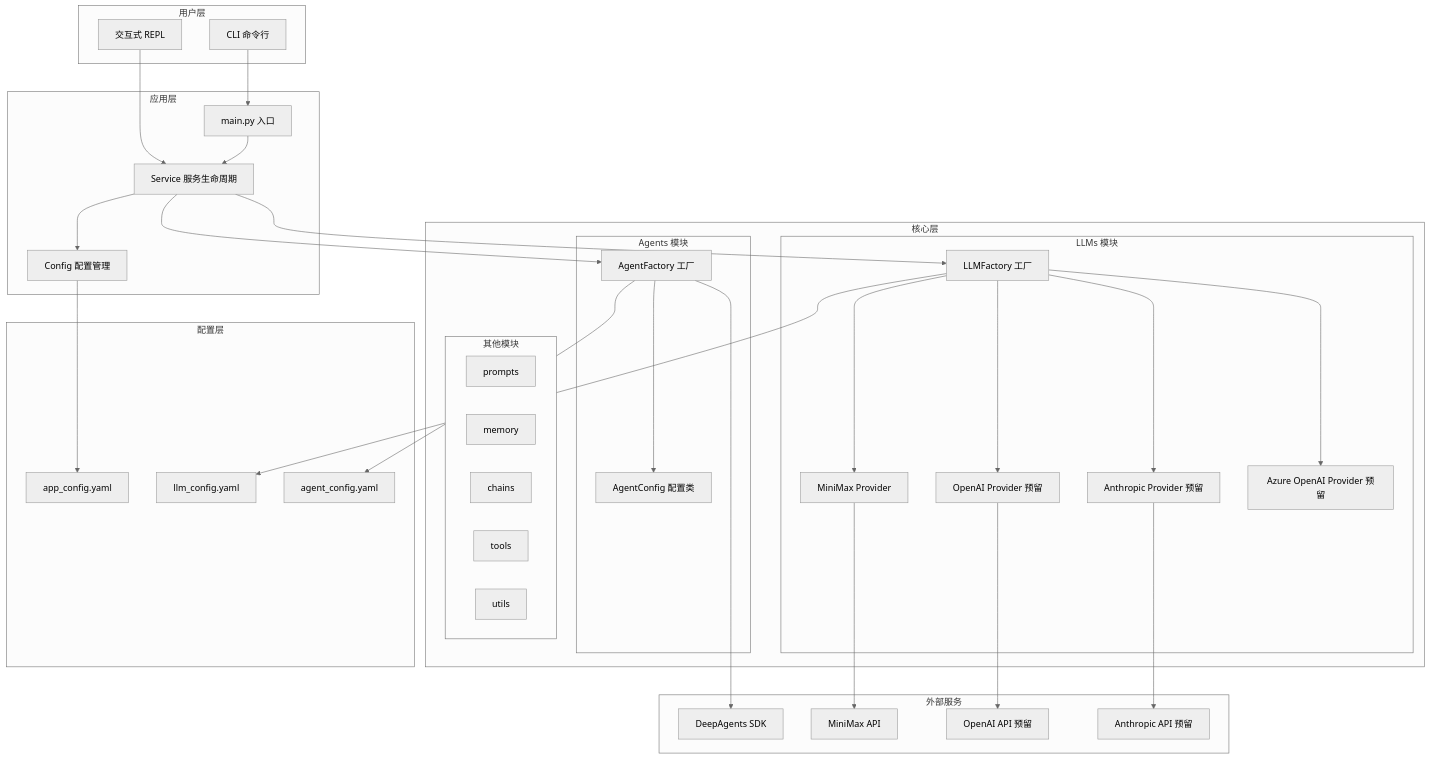
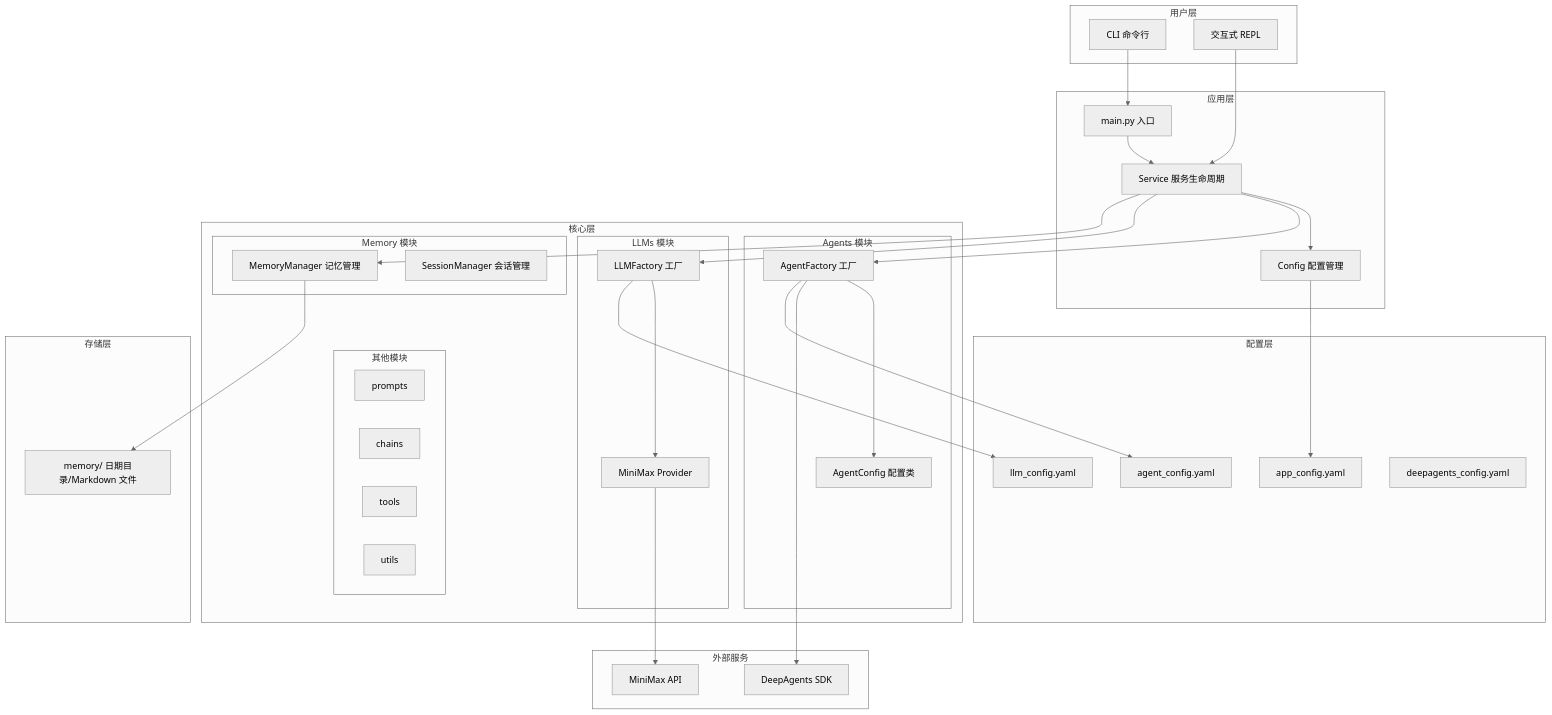
Before and after one commit to leizhuang1332/minerbot: the first of 14 diagrams in docs/architecture.md, drawn with Mermaid (neutral theme). The commit also changed other lines of this file and 4 other files, not shown here.

````diff
--- a/docs/architecture.md
+++ b/docs/architecture.md
@@ -25,68 +26,69 @@
 ```mermaid
 graph TB
     subgraph 用户层
         CLI[CLI 命令行]
         REPL[交互式 REPL]
     end
 
     subgraph 应用层
         Main[main.py 入口]
         Service[Service 服务生命周期]
         Config[Config 配置管理]
     end
 
     subgraph 核心层
         subgraph Agents 模块
             AF[AgentFactory 工厂]
             AC[AgentConfig 配置类]
         end
 
         subgraph LLMs 模块
             Factory[LLMFactory 工厂]
             MP[MiniMax Provider]
-            OA[OpenAI Provider 预留]
-            AA[Anthropic Provider 预留]
-            AZA[Azure OpenAI Provider 预留]
+        end
+
+        subgraph Memory 模块
+            MM[MemoryManager 记忆管理]
+            SM[SessionManager 会话管理]
         end
 
         subgraph 其他模块
             Prompts[prompts]
-            Memory[memory]
             Chains[chains]
             Tools[tools]
             Utils[utils]
         end
     end
 
     subgraph 外部服务
         DeepAgents[DeepAgents SDK]
         MiniMaxAPI[MiniMax API]
-        OpenAIAPI[OpenAI API 预留]
-        AnthropicAPI[Anthropic API 预留]
     end
 
     subgraph 配置层
         AppCfg[app_config.yaml]
         LLMCfg[llm_config.yaml]
         AgentCfg[agent_config.yaml]
+        DeepAgentsCfg[deepagents_config.yaml]
+    end
+
+    subgraph 存储层
+        MemoryFiles[memory/ 日期目录/Markdown 文件]
     end
 
     CLI --> Main
     REPL --> Service
     Main --> Service
     Service --> Config
     Service --> AF
     Service --> Factory
+    Service --> MM
     AF --> AC
     Factory --> MP
-    Factory --> OA
-    Factory --> AA
-    Factory --> AZA
+    MM --> MemoryFiles
     AF --> DeepAgents
     MP --> MiniMaxAPI
-    OA --> OpenAIAPI
-    AA --> AnthropicAPI
     Config --> AppCfg
     Factory --> LLMCfg
     AF --> AgentCfg
 ```
````
